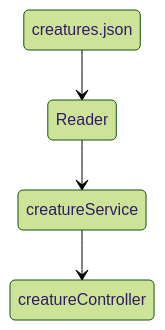
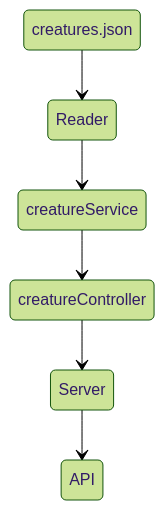
The fifth of 6 diagrams in README.md (FernandoMoralesH/Hack_the_ocean), drawn with Mermaid (forest theme) before and after one commit. The commit also changed other lines of this file, not shown here.

````diff
--- a/README.md
+++ b/README.md
@@ -142,6 +142,9 @@
 ```mermaid
 stateDiagram-v2
 creatures.json --> Reader
 Reader --> creatureService
 creatureService --> creatureController
+creatureController --> Server
+Server --> API
+
 ```
````
